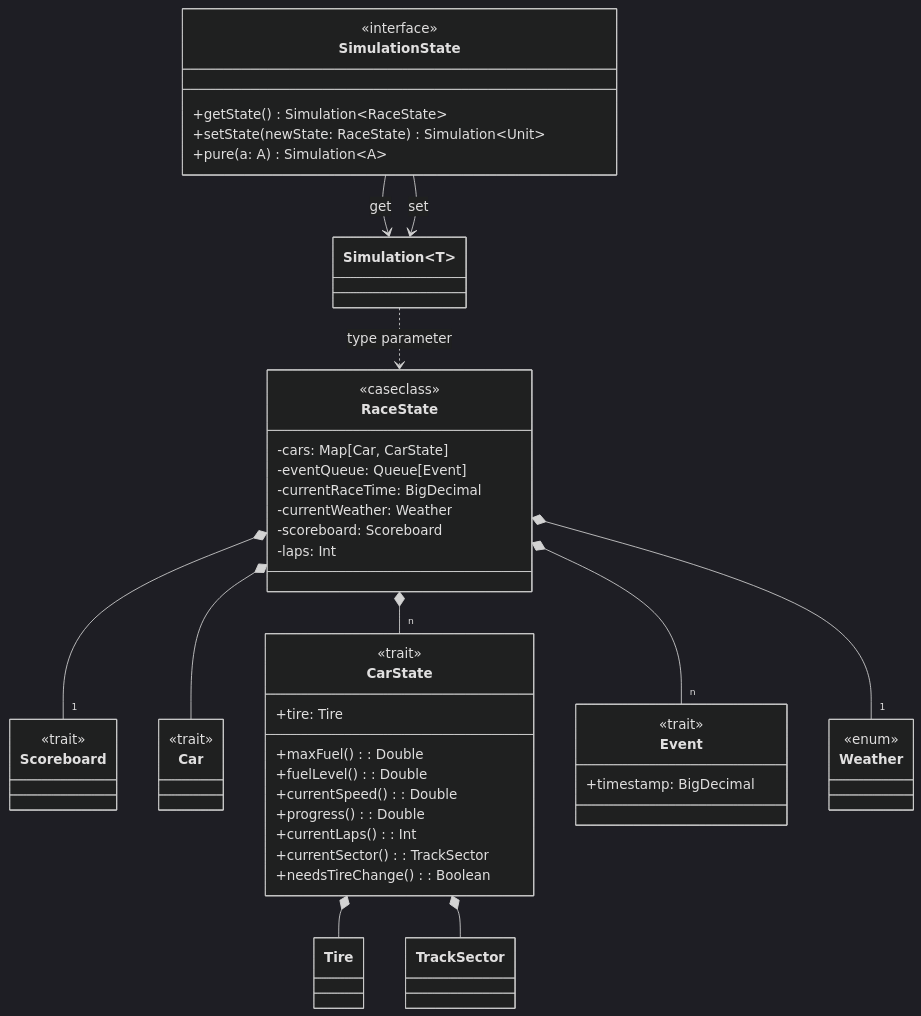
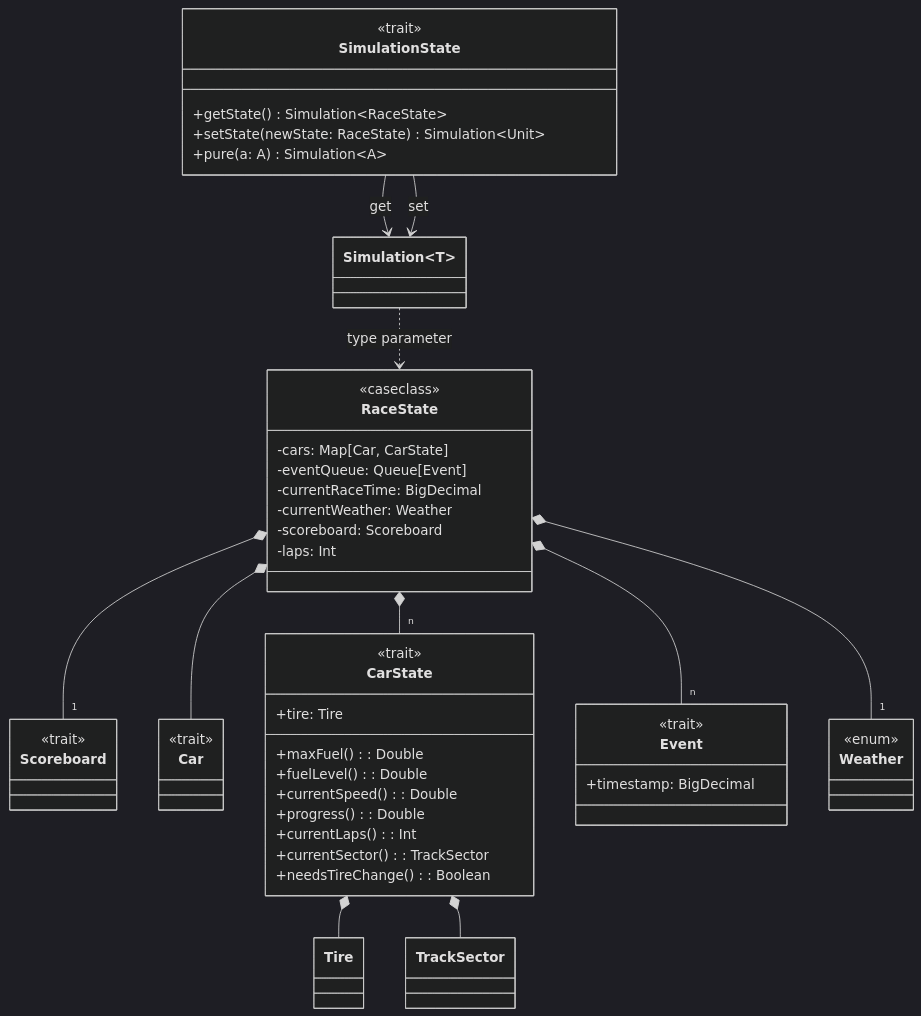
Before and after one commit to ItsTiz/PPS-24-sgp: the diagram in docs/report/4_detailed_design/model/vuksan/simulation.md, drawn with Mermaid (dark theme). The commit also changed other lines of this file and 1 other file, not shown here.

Commit message:
fix: updated mermaid to the latest version

````diff
--- a/docs/report/4_detailed_design/model/vuksan/simulation.md
+++ b/docs/report/4_detailed_design/model/vuksan/simulation.md
@@ -9,68 +9,68 @@
 ```mermaid
 classDiagram
     direction TB
 
     class SimulationState {
-        <<interface>>
+        <<trait>>
         +getState() Simulation~RaceState~
         +setState(newState: RaceState) Simulation~Unit~
         +pure(a: A) Simulation~A~
     }
 
     class Simulation~T~ {
     }
 
     class RaceState {
     }
 
     class RaceState {
         <<caseclass>>
         -cars: Map[Car, CarState]
         -eventQueue: Queue[Event]
         -currentRaceTime: BigDecimal
         -currentWeather: Weather
         -scoreboard: Scoreboard
         -laps: Int
     }
 
     class Scoreboard {
         <<trait>>
     }
 
     class Car {
         <<trait>>
     }
 
     class CarState {
         <<trait>>
         +maxFuel(): Double
         +fuelLevel(): Double
         +currentSpeed(): Double
         +progress(): Double
         +tire: Tire
         +currentLaps(): Int
         +currentSector(): TrackSector
         +needsTireChange(): Boolean
     }
 
     class Event {
         <<trait>>
         +timestamp: BigDecimal
     }
 
     class Weather {
         <<enum>>
     }
 
     RaceState *-- "1" Weather
     RaceState *-- "1" Scoreboard
     RaceState *-- "n" CarState
     RaceState *-- "n" Event
     RaceState *-- Car
     CarState *-- Tire
     CarState *-- TrackSector
     SimulationState --> Simulation~RaceState~: get
     SimulationState --> Simulation~Unit~: set
     Simulation~A~ ..> RaceState: type parameter
 
 ```
````
